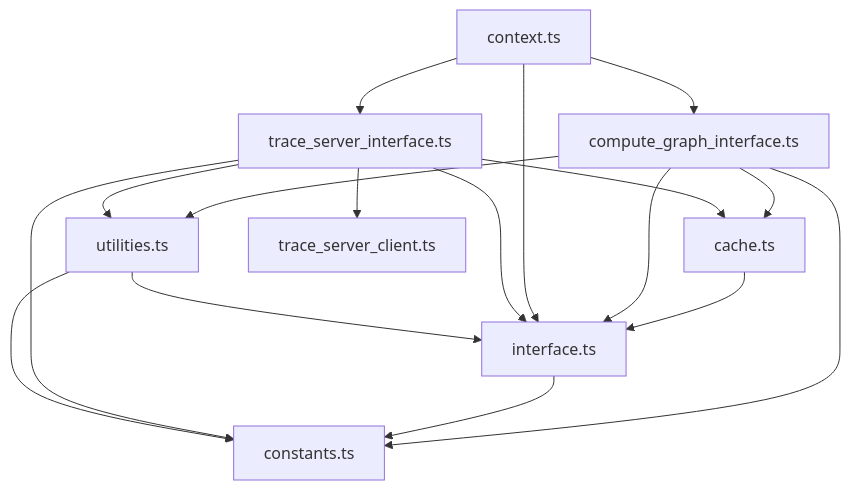
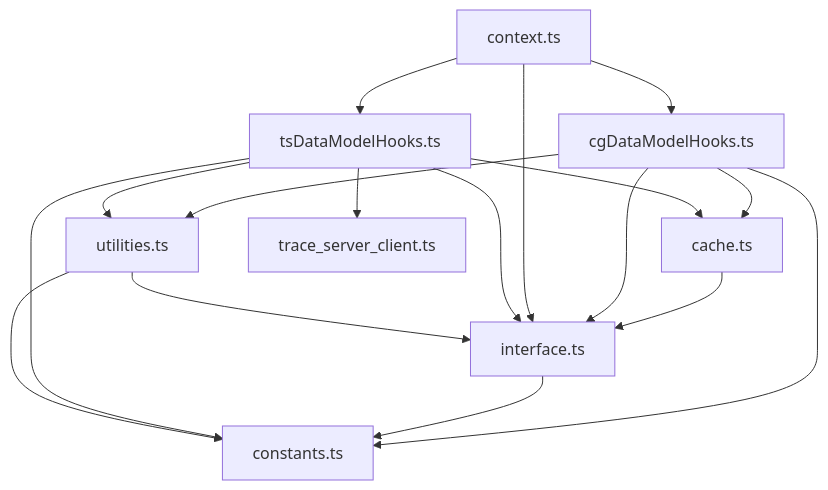
The third of 3 diagrams in weave-js/src/components/PagePanelComponents/Home/Browse3/pages/wfReactInterface/README.md (wandb/weave), drawn with Mermaid before and after one commit. The commit also changed other lines of this file and 21 other files, not shown here.

````diff
--- a/weave-js/src/components/PagePanelComponents/Home/Browse3/pages/wfReactInterface/README.md
+++ b/weave-js/src/components/PagePanelComponents/Home/Browse3/pages/wfReactInterface/README.md
@@ -25,25 +25,25 @@
 ```mermaid
 flowchart TD
     cache.ts --> interface.ts
 
-    compute_graph_interface.ts --> utilities.ts
-    compute_graph_interface.ts --> interface.ts
-    compute_graph_interface.ts --> constants.ts
-    compute_graph_interface.ts --> cache.ts
+    cgDataModelHooks.ts --> utilities.ts
+    cgDataModelHooks.ts --> interface.ts
+    cgDataModelHooks.ts --> constants.ts
+    cgDataModelHooks.ts --> cache.ts
 
     interface.ts --> constants.ts
 
     context.ts --> interface.ts
-    context.ts --> trace_server_interface.ts
-    context.ts --> compute_graph_interface.ts
+    context.ts --> tsDataModelHooks.ts
+    context.ts --> cgDataModelHooks.ts
 
 
-    trace_server_interface.ts --> trace_server_client.ts
-    trace_server_interface.ts --> utilities.ts
-    trace_server_interface.ts --> interface.ts
-    trace_server_interface.ts --> constants.ts
-    trace_server_interface.ts --> cache.ts
+    tsDataModelHooks.ts --> trace_server_client.ts
+    tsDataModelHooks.ts --> utilities.ts
+    tsDataModelHooks.ts --> interface.ts
+    tsDataModelHooks.ts --> constants.ts
+    tsDataModelHooks.ts --> cache.ts
 
     utilities.ts --> constants.ts
     utilities.ts --> interface.ts
 ```
````
